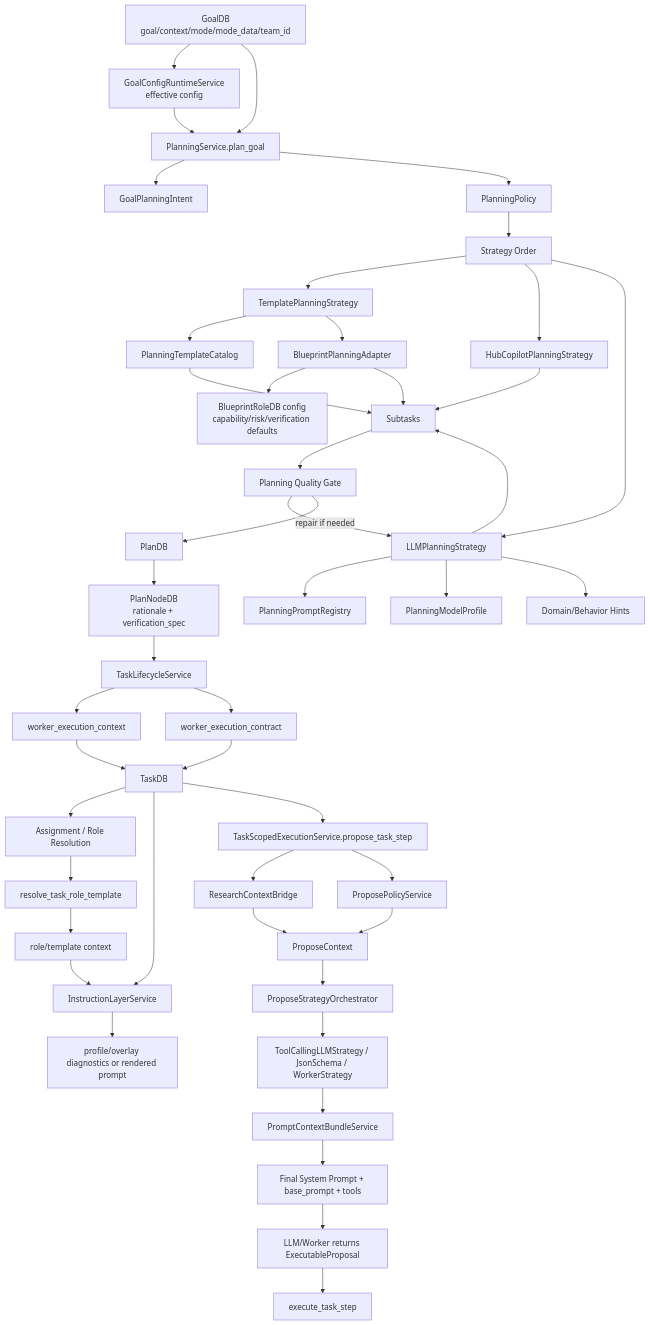
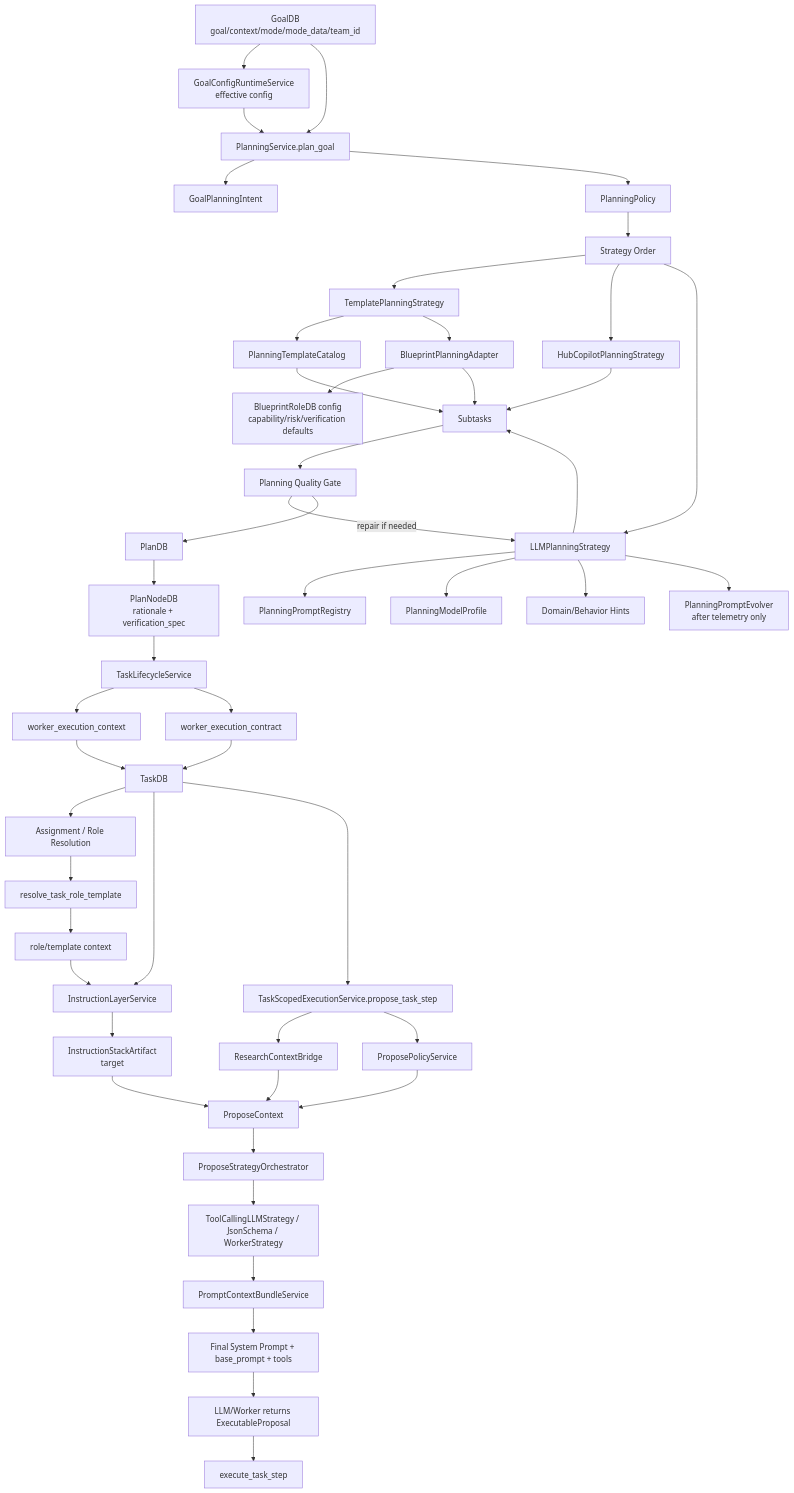
The first of 13 diagrams in todos/todo.templeate_architecture.md (ananta888/ananta), drawn with Mermaid before and after one commit. The commit also changed other lines of this file, not shown here.

Commit message:
Document prompt evolver boundaries in template architecture

````diff
--- a/todos/todo.templeate_architecture.md
+++ b/todos/todo.templeate_architecture.md
@@ -46,58 +49,61 @@
 ```mermaid
 flowchart TD
     A[GoalDB<br/>goal/context/mode/mode_data/team_id] --> B[GoalConfigRuntimeService<br/>effective config]
     A --> C[PlanningService.plan_goal]
 
     B --> C
     C --> D[GoalPlanningIntent]
     C --> E[PlanningPolicy]
 
     E --> F[Strategy Order]
     F --> G[TemplatePlanningStrategy]
     F --> H[HubCopilotPlanningStrategy]
     F --> I[LLMPlanningStrategy]
 
     G --> G1[PlanningTemplateCatalog]
     G --> G2[BlueprintPlanningAdapter]
     G2 --> G3[BlueprintRoleDB config<br/>capability/risk/verification defaults]
+
     I --> I1[PlanningPromptRegistry]
     I --> I2[PlanningModelProfile]
     I --> I3[Domain/Behavior Hints]
+    I --> I4[PlanningPromptEvolver<br/>after telemetry only]
 
     G1 --> J[Subtasks]
     G2 --> J
     H --> J
     I --> J
 
     J --> K[Planning Quality Gate]
     K -->|repair if needed| I
     K --> L[PlanDB]
     L --> M[PlanNodeDB<br/>rationale + verification_spec]
 
     M --> N[TaskLifecycleService]
     N --> O[worker_execution_context]
     N --> P[worker_execution_contract]
     O --> Q[TaskDB]
     P --> Q
 
     Q --> R[Assignment / Role Resolution]
     R --> S[resolve_task_role_template]
     S --> T[role/template context]
 
     Q --> U[InstructionLayerService]
     T --> U
-    U --> V[profile/overlay diagnostics or rendered prompt]
+    U --> V[InstructionStackArtifact<br/>target]
 
     Q --> W[TaskScopedExecutionService.propose_task_step]
     W --> X[ResearchContextBridge]
     W --> Y[ProposePolicyService]
     X --> Z[ProposeContext]
     Y --> Z
+    V --> Z
 
     Z --> AA[ProposeStrategyOrchestrator]
     AA --> AB[ToolCallingLLMStrategy / JsonSchema / WorkerStrategy]
     AB --> AC[PromptContextBundleService]
     AC --> AD[Final System Prompt + base_prompt + tools]
     AD --> AE[LLM/Worker returns ExecutableProposal]
     AE --> AF[execute_task_step]
 ```
````
